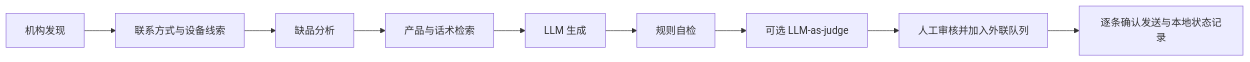
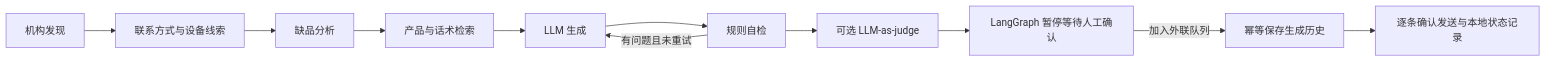
The diagram in README.md (inervers/Tradewind), drawn with Mermaid before and after one commit. The commit also changed other lines of this file and 3 other files, not shown here.

````diff
--- a/README.md
+++ b/README.md
@@ -44,11 +44,13 @@
 ```mermaid
 flowchart LR
     A[机构发现] --> B[联系方式与设备线索]
     B --> C[缺品分析]
     C --> D[产品与话术检索]
     D --> E[LLM 生成]
     E --> F[规则自检]
+    F -->|有问题且未重试| E
     F --> G[可选 LLM-as-judge]
-    G --> H[人工审核并加入外联队列]
-    H --> I[逐条确认发送与本地状态记录]
+    G --> H[LangGraph 暂停等待人工确认]
+    H -->|加入外联队列| I[幂等保存生成历史]
+    I --> J[逐条确认发送与本地状态记录]
 ```
````
